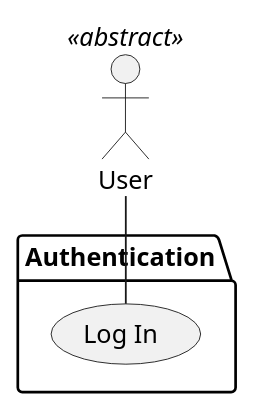
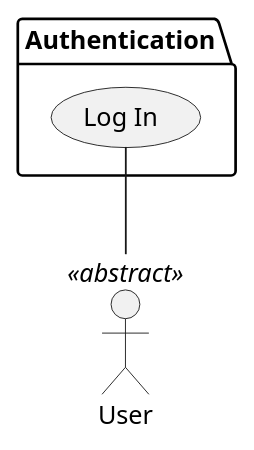
Before and after one commit to bmb0136/COMP-3700-Project: the diagram in Use Cases/LogIn.iuml, drawn with PlantUML. The commit also changed 13 other files, not shown here.

Commit message:
Fix formatting in main diagram

```diff
--- a/Use Cases/LogIn.iuml
+++ b/Use Cases/LogIn.iuml
@@ -1,7 +1,7 @@
 @startuml Log In
 actor :User: <<abstract>>
 package "Authentication" {
   (Log In) as LogIn
 }
-User -- LogIn
+User -up- LogIn
 @enduml
```
